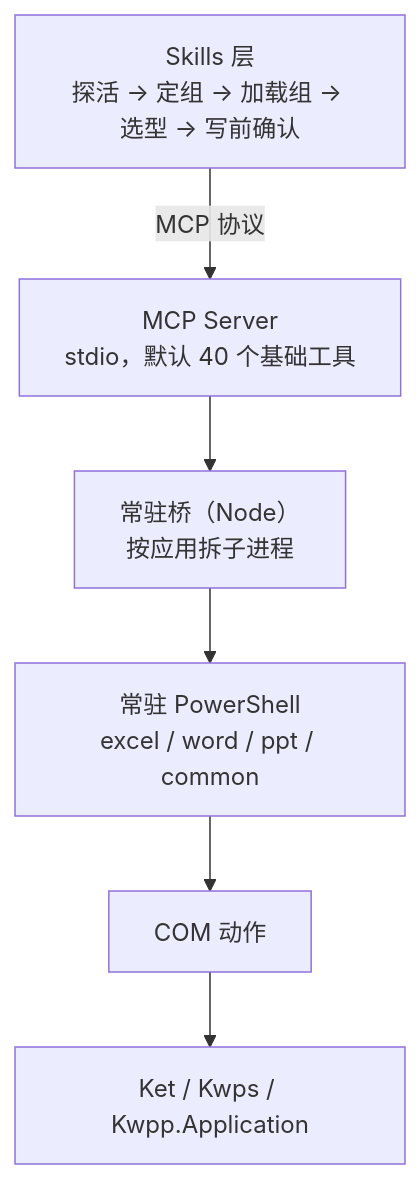
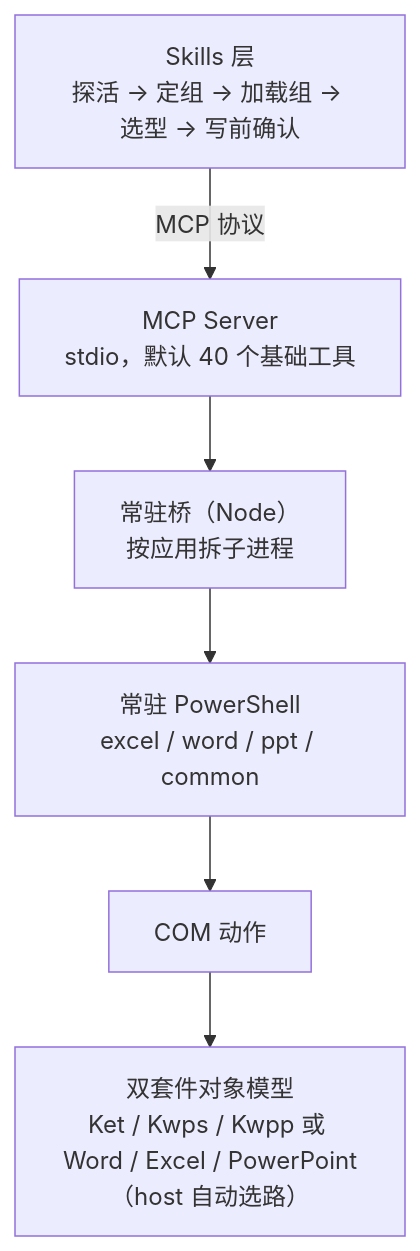
Before and after one commit to forkgo430/wps-multitool-mcp: the diagram in README.md, drawn with Mermaid. The commit also changed other lines of this file and 20 other files, not shown here.

````diff
--- a/README.md
+++ b/README.md
@@ -155,12 +159,12 @@
 ```mermaid
 flowchart TB
     S["Skills 层<br/>探活 → 定组 → 加载组 → 选型 → 写前确认"]
     M["MCP Server<br/>stdio，默认 40 个基础工具"]
     B["常驻桥（Node）<br/>按应用拆子进程"]
     P["常驻 PowerShell<br/>excel / word / ppt / common"]
     C["COM 动作"]
-    W["Ket / Kwps / Kwpp.Application"]
+    W["双套件对象模型<br/>Ket / Kwps / Kwpp 或 Word / Excel / PowerPoint（host 自动选路）"]
 
     S -->|MCP 协议| M
     M --> B --> P --> C --> W
 ```
````
